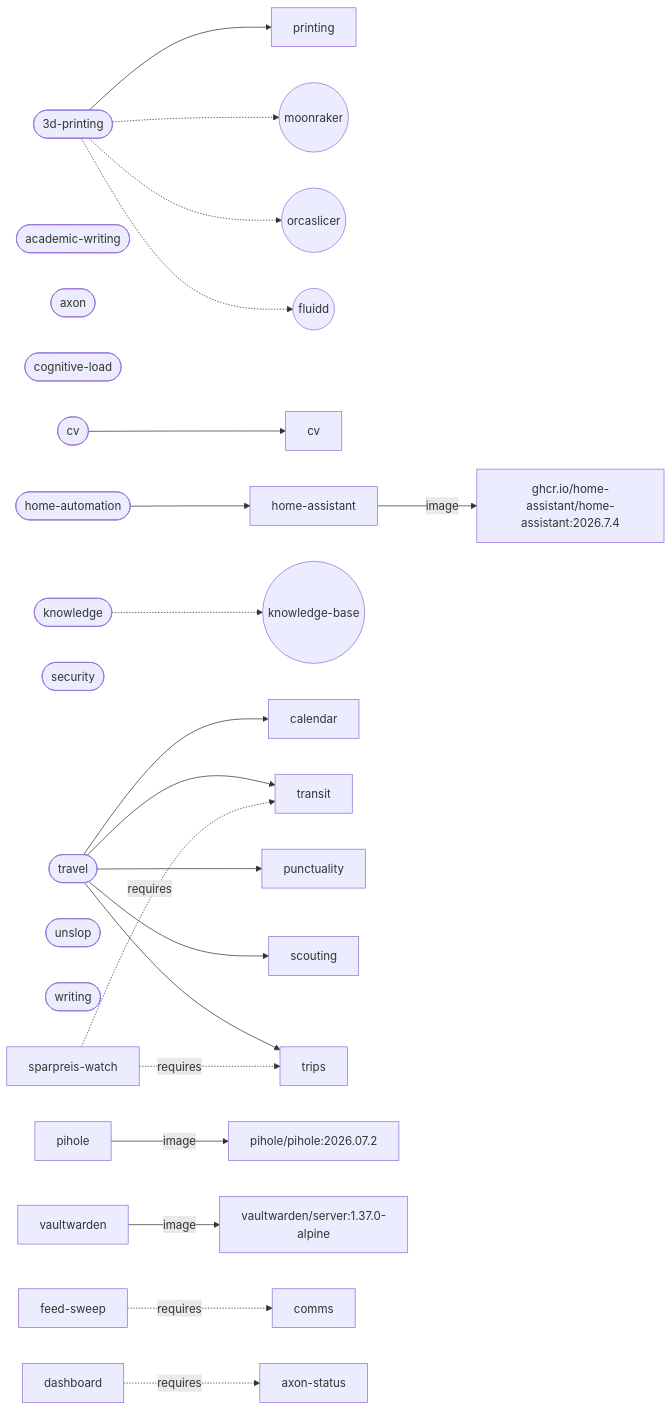
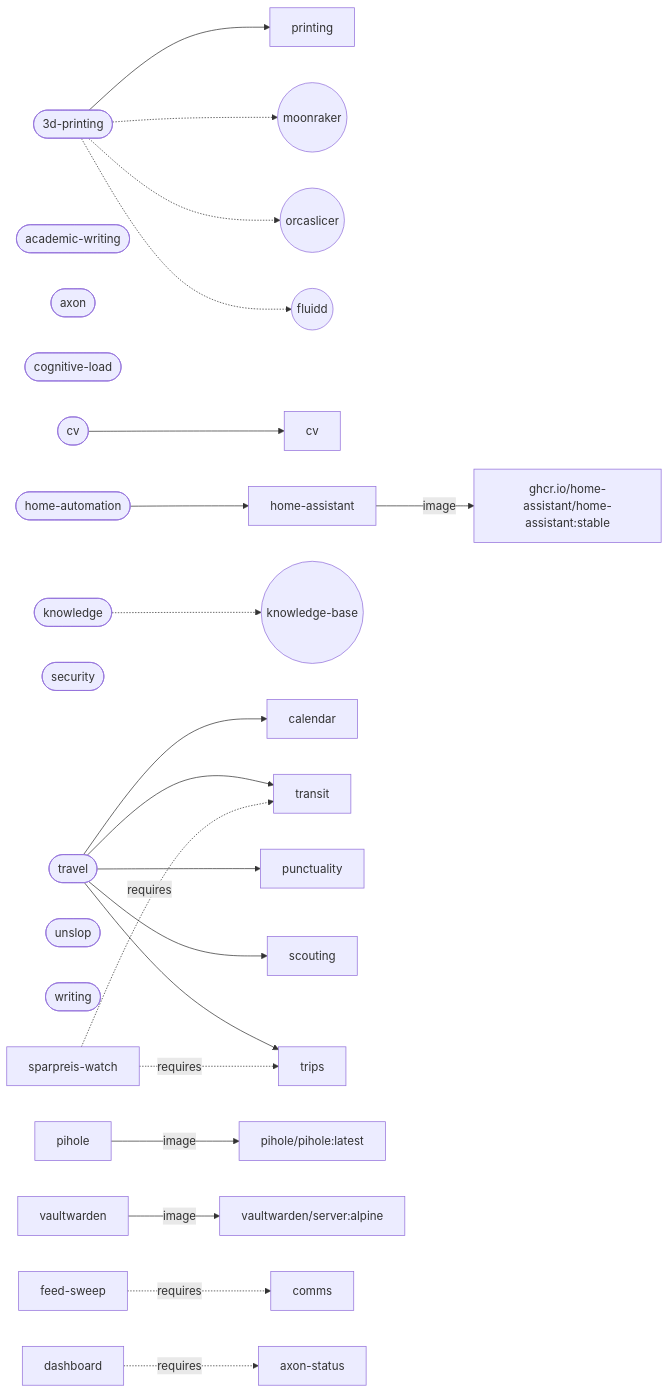
Before and after one commit to larsboes/Axon: the diagram in ARCHITECTURE.md, drawn with Mermaid. The commit also changed other lines of this file and 2 other files, not shown here.

````diff
--- a/ARCHITECTURE.md
+++ b/ARCHITECTURE.md
@@ -142,33 +143,33 @@
 ```mermaid
 flowchart LR
   pack_3d_printing(["3d-printing"])
   pack_3d_printing --> cap_printing["printing"]
   pack_3d_printing -.-> sys_moonraker(("moonraker"))
   pack_3d_printing -.-> sys_orcaslicer(("orcaslicer"))
   pack_3d_printing -.-> sys_fluidd(("fluidd"))
   pack_academic_writing(["academic-writing"])
   pack_axon(["axon"])
   pack_cognitive_load(["cognitive-load"])
   pack_cv(["cv"])
   pack_cv --> cap_cv["cv"]
   pack_home_automation(["home-automation"])
   pack_home_automation --> cap_home_assistant["home-assistant"]
   pack_knowledge(["knowledge"])
   pack_knowledge -.-> sys_knowledge_base(("knowledge-base"))
   pack_security(["security"])
   pack_travel(["travel"])
   pack_travel --> cap_calendar["calendar"]
   pack_travel --> cap_transit["transit"]
   pack_travel --> cap_punctuality["punctuality"]
   pack_travel --> cap_scouting["scouting"]
   pack_travel --> cap_trips["trips"]
   pack_unslop(["unslop"])
   pack_writing(["writing"])
-  cap_home_assistant["home-assistant"] -->|image| img_ghcr_io_home_assistant_home_assistant["ghcr.io/home-assistant/home-assistant:2026.7.4"]
-  cap_pihole["pihole"] -->|image| img_pihole_pihole["pihole/pihole:2026.07.2"]
-  cap_vaultwarden["vaultwarden"] -->|image| img_vaultwarden_server["vaultwarden/server:1.37.0-alpine"]
+  cap_home_assistant["home-assistant"] -->|image| img_ghcr_io_home_assistant_home_assistant["ghcr.io/home-assistant/home-assistant:stable"]
+  cap_pihole["pihole"] -->|image| img_pihole_pihole["pihole/pihole:latest"]
+  cap_vaultwarden["vaultwarden"] -->|image| img_vaultwarden_server["vaultwarden/server:alpine"]
   cap_feed_sweep["feed-sweep"] -.->|requires| cap_comms["comms"]
   cap_sparpreis_watch["sparpreis-watch"] -.->|requires| cap_transit["transit"]
   cap_sparpreis_watch["sparpreis-watch"] -.->|requires| cap_trips["trips"]
   cap_dashboard["dashboard"] -.->|requires| cap_axon_status["axon-status"]
 ```
````
